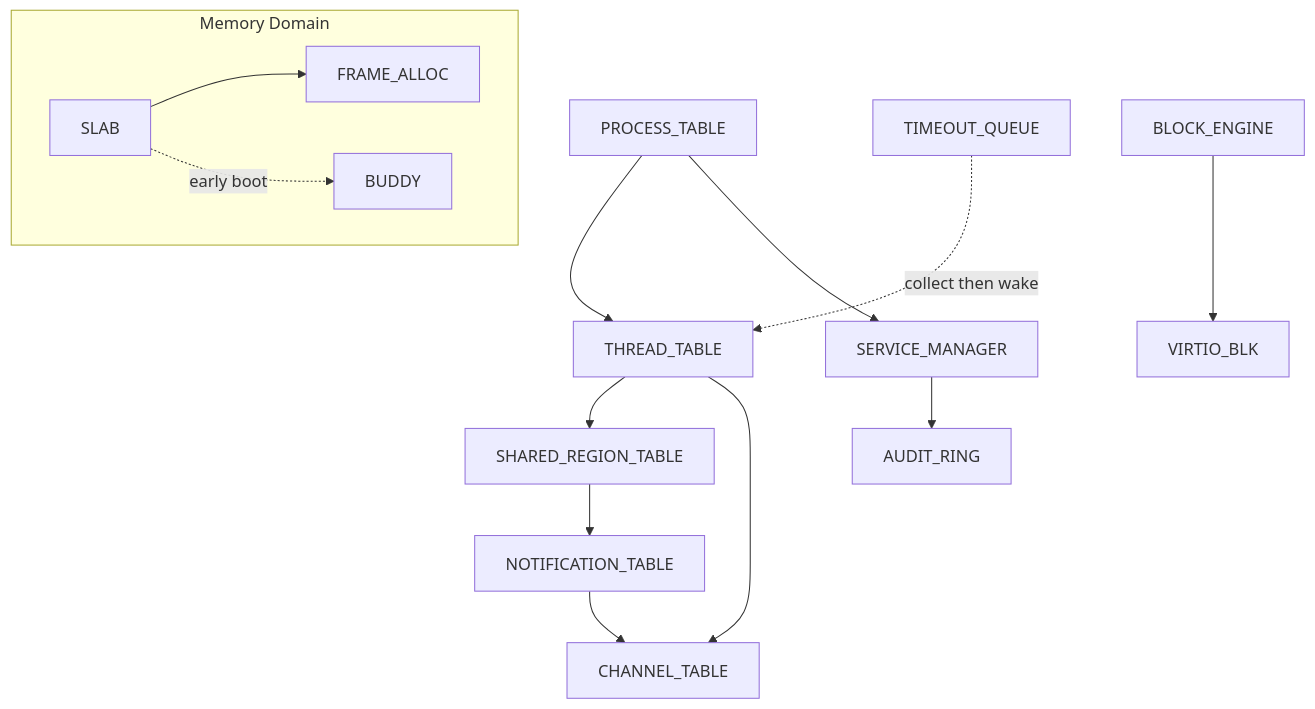
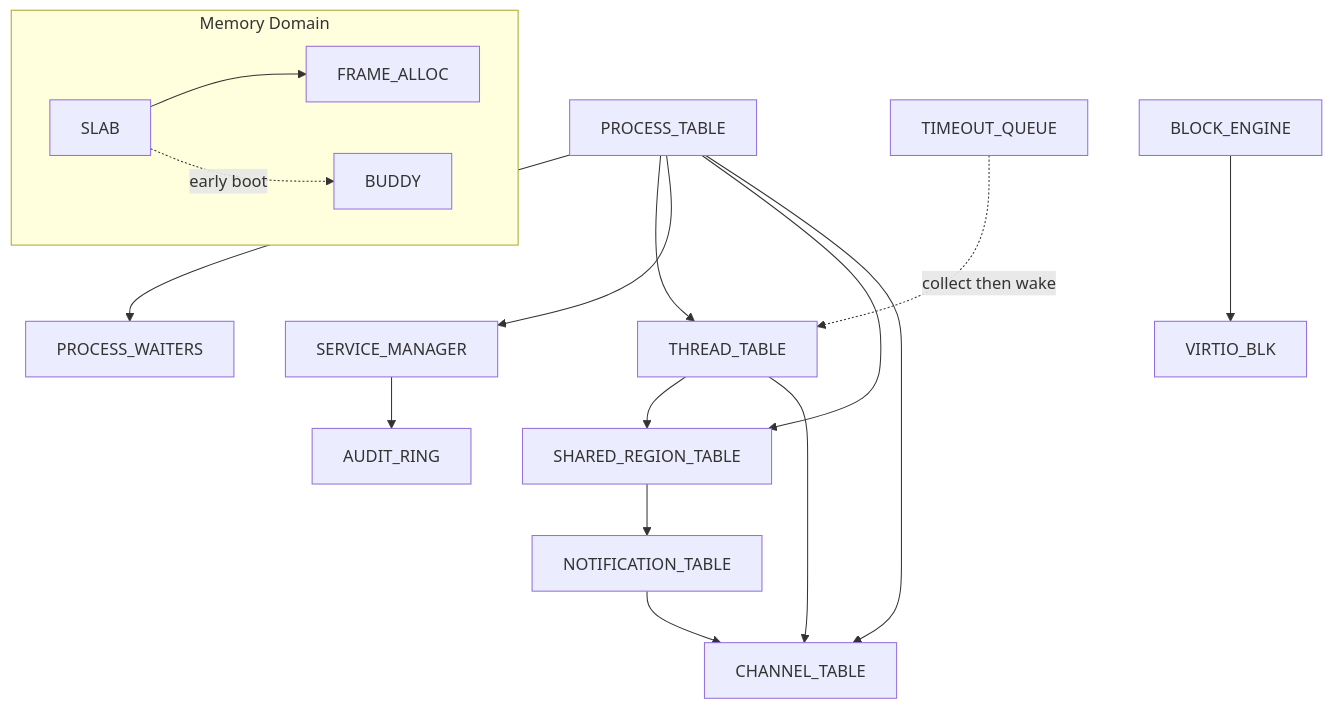
The diagram in docs/kernel/deadlock-prevention.md (juslee/aios), drawn with Mermaid before and after one commit. The commit also changed other lines of this file and 12 other files, not shown here.

First line of the commit message:
Cap lifetime step 15: architecture docs

````diff
--- a/docs/kernel/deadlock-prevention.md
+++ b/docs/kernel/deadlock-prevention.md
@@ -107,17 +108,20 @@
 ```mermaid
 graph TD
-    PT[PROCESS_TABLE] --> TT[THREAD_TABLE]
+    PT[PROCESS_TABLE] --> PW[PROCESS_WAITERS]
+    PT --> TT[THREAD_TABLE]
     PT --> SM[SERVICE_MANAGER]
     TT --> SRT[SHARED_REGION_TABLE]
     TT --> CT[CHANNEL_TABLE]
+    PT --> SRT
+    PT --> CT
     SRT --> NT[NOTIFICATION_TABLE]
     NT --> CT
     TQ[TIMEOUT_QUEUE] -.->|collect then wake| TT
     SM --> AR[AUDIT_RING]
     BE[BLOCK_ENGINE] --> VB[VIRTIO_BLK]
 
     subgraph Memory Domain
         SL[SLAB] --> FA[FRAME_ALLOC]
         SL -.->|early boot| BU[BUDDY]
     end
 ```
````
